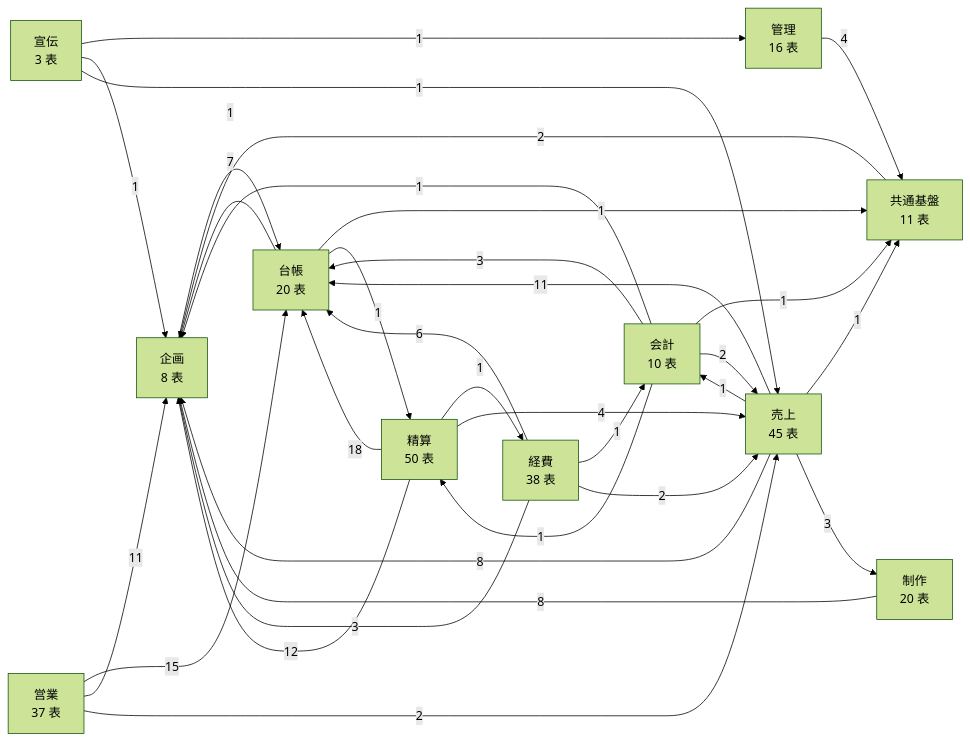
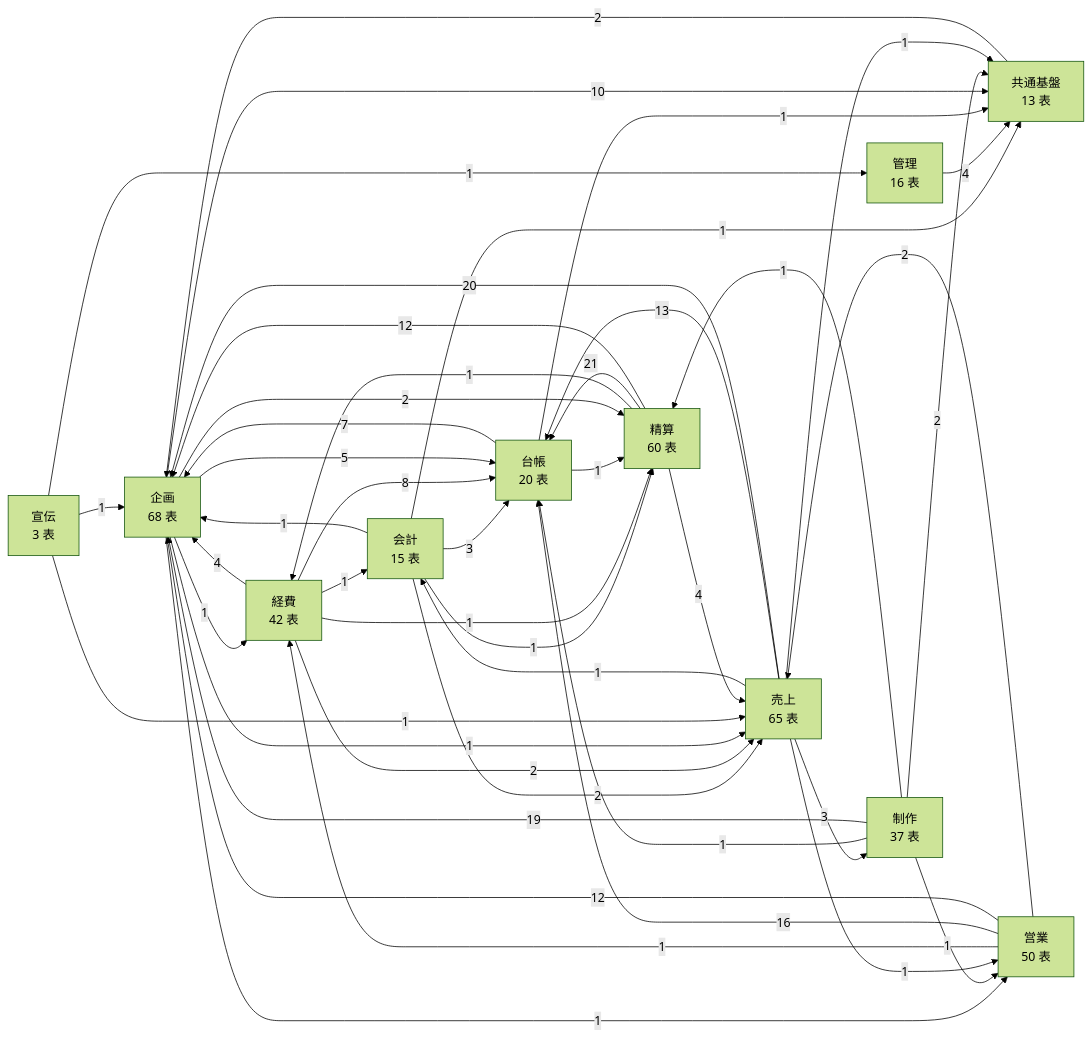
Before and after one commit to kaiitaaa1982-maker/openingnight-feature-film-integrated-system: the diagram in apps/integrated-prototype/docs/database/README.md, drawn with Mermaid (forest theme). The commit also changed other lines of this file and 1079 other files, not shown here.

````diff
--- a/apps/integrated-prototype/docs/database/README.md
+++ b/apps/integrated-prototype/docs/database/README.md
@@ -77,45 +104,57 @@
 ```mermaid
 flowchart LR
-  planning["企画<br/>8 表"]
-  production["制作<br/>20 表"]
-  sales["営業<br/>37 表"]
+  planning["企画<br/>68 表"]
+  production["制作<br/>37 表"]
+  sales["営業<br/>50 表"]
   publicity["宣伝<br/>3 表"]
-  revenue["売上<br/>45 表"]
-  expenses["経費<br/>38 表"]
-  settlement["精算<br/>50 表"]
-  accounting["会計<br/>10 表"]
+  revenue["売上<br/>65 表"]
+  expenses["経費<br/>42 表"]
+  settlement["精算<br/>60 表"]
+  accounting["会計<br/>15 表"]
   ledger["台帳<br/>20 表"]
-  core["共通基盤<br/>11 表"]
+  core["共通基盤<br/>13 表"]
   admin["管理<br/>16 表"]
   accounting -->|1| core
   accounting -->|3| ledger
   accounting -->|1| planning
   accounting -->|2| revenue
   accounting -->|1| settlement
   admin -->|4| core
   core -->|2| planning
   expenses -->|1| accounting
-  expenses -->|6| ledger
-  expenses -->|3| planning
+  expenses -->|8| ledger
+  expenses -->|4| planning
   expenses -->|2| revenue
+  expenses -->|1| settlement
   ledger -->|1| core
   ledger -->|7| planning
   ledger -->|1| settlement
-  planning -->|1| ledger
-  production -->|8| planning
+  planning -->|10| core
+  planning -->|1| expenses
+  planning -->|5| ledger
+  planning -->|1| revenue
+  planning -->|1| sales
+  planning -->|2| settlement
+  production -->|2| core
+  production -->|1| ledger
+  production -->|19| planning
+  production -->|1| sales
+  production -->|1| settlement
   publicity -->|1| admin
   publicity -->|1| planning
   publicity -->|1| revenue
   revenue -->|1| accounting
   revenue -->|1| core
-  revenue -->|11| ledger
-  revenue -->|8| planning
+  revenue -->|13| ledger
+  revenue -->|20| planning
   revenue -->|3| production
-  sales -->|15| ledger
-  sales -->|11| planning
+  revenue -->|1| sales
+  sales -->|1| expenses
+  sales -->|16| ledger
+  sales -->|12| planning
   sales -->|2| revenue
   settlement -->|1| expenses
-  settlement -->|18| ledger
+  settlement -->|21| ledger
   settlement -->|12| planning
   settlement -->|4| revenue
 ```
````
